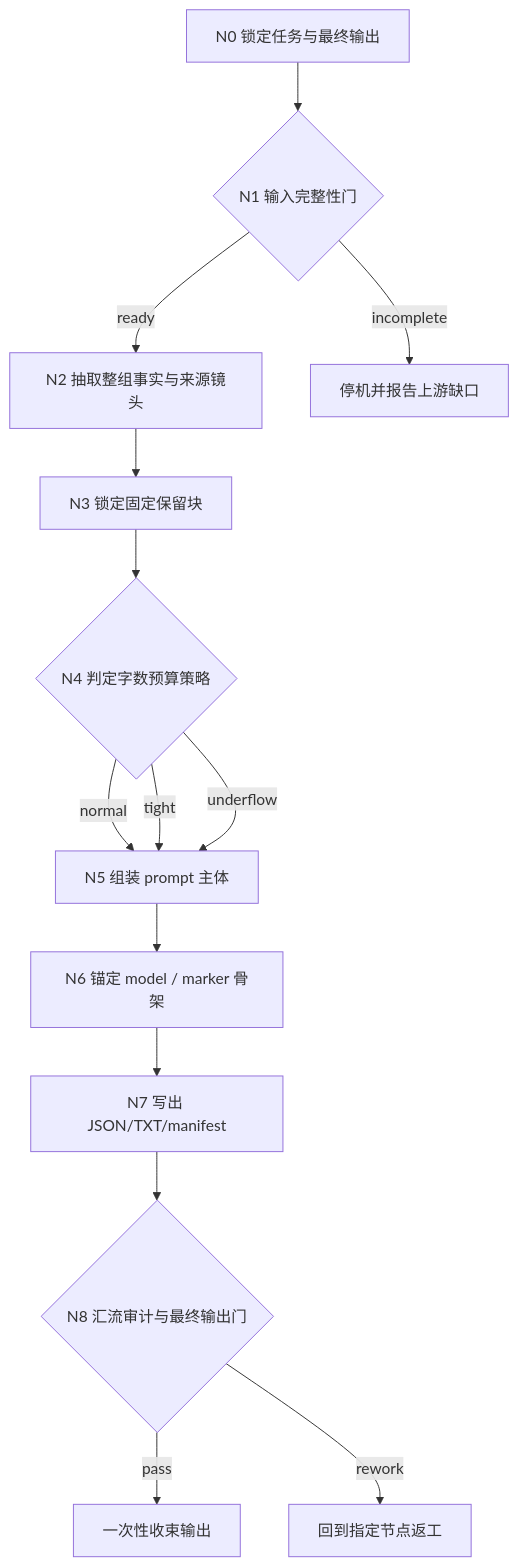
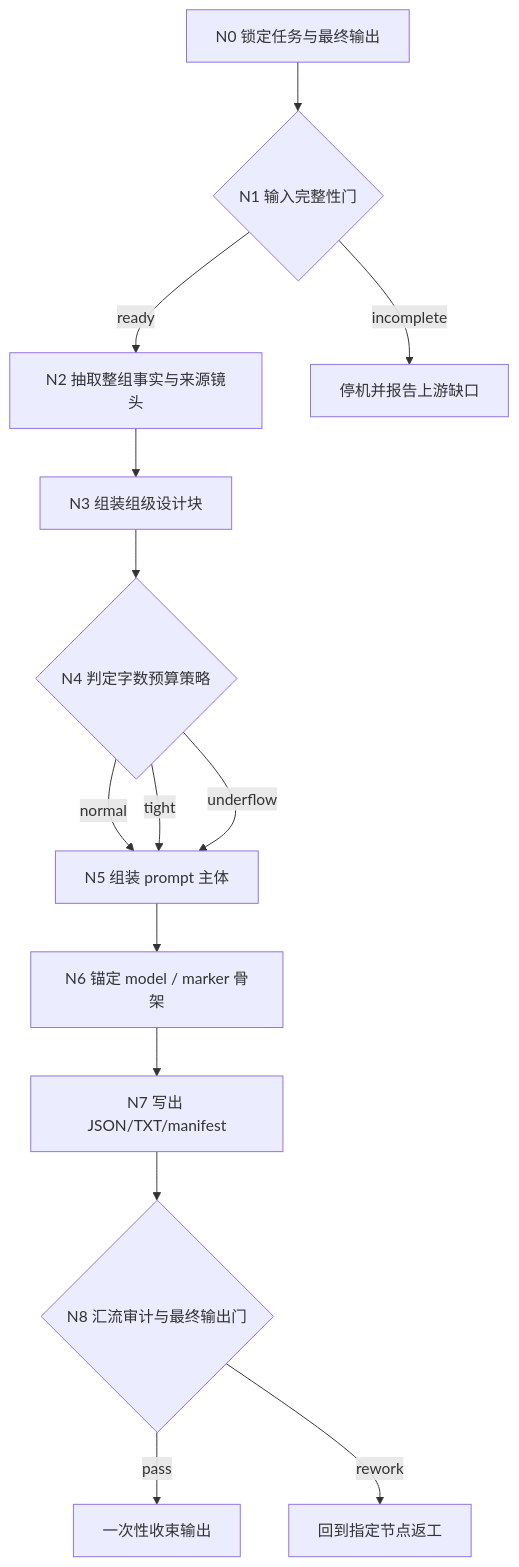
Before and after one commit to ZEN-VOID/AI-CUT: the first of 4 diagrams in .agents/skills/aigc/6-Video/1-提示词蒸馏/全能参照/SKILL.md, drawn with Mermaid. The commit also changed other lines of this file and 118 other files, not shown here.

````diff
--- a/.agents/skills/aigc/6-Video/1-提示词蒸馏/全能参照/SKILL.md
+++ b/.agents/skills/aigc/6-Video/1-提示词蒸馏/全能参照/SKILL.md
@@ -249,16 +258,16 @@
 ```mermaid
 flowchart TD
     N0["N0 锁定任务与最终输出"] --> N1{"N1 输入完整性门"}
     N1 -->|"ready"| N2["N2 抽取整组事实与来源镜头"]
     N1 -->|"incomplete"| X1["停机并报告上游缺口"]
-    N2 --> N3["N3 锁定固定保留块"]
+    N2 --> N3["N3 组装组级设计块"]
     N3 --> N4{"N4 判定字数预算策略"}
     N4 -->|"normal"| N5["N5 组装 prompt 主体"]
     N4 -->|"tight"| N5
     N4 -->|"underflow"| N5
     N5 --> N6["N6 锚定 model / marker 骨架"]
     N6 --> N7["N7 写出 JSON/TXT/manifest"]
     N7 --> N8{"N8 汇流审计与最终输出门"}
     N8 -->|"pass"| O1["一次性收束输出"]
     N8 -->|"rework"| R1["回到指定节点返工"]
 ```
````
